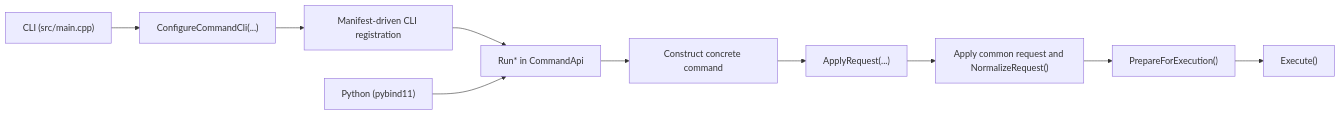
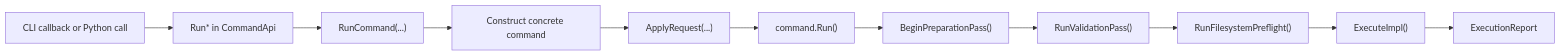
Before and after one commit to yslianTim/rhbm_gem: the diagram in docs/developer/architecture/command-architecture.md, drawn with Mermaid. The commit also changed other lines of this file and 2 other files, not shown here.

````diff
--- a/docs/developer/architecture/command-architecture.md
+++ b/docs/developer/architecture/command-architecture.md
@@ -50,14 +131,13 @@
 ```mermaid
 flowchart LR
-    A["CLI (src/main.cpp)"] --> B["ConfigureCommandCli(...)"]
-    B --> C["Manifest-driven CLI registration"]
-    C --> D["Run* in CommandApi"]
-
-    E["Python (pybind11)"] --> D
-
-    D --> F["Construct concrete command"]
-    F --> G["ApplyRequest(...)"]
-    G --> H["Apply common request and NormalizeRequest()"]
-    H --> I["PrepareForExecution()"]
-    I --> J["Execute()"]
+    A["CLI callback or Python call"] --> B["Run* in CommandApi"]
+    B --> C["RunCommand(...)"]
+    C --> D["Construct concrete command"]
+    D --> E["ApplyRequest(...)"]
+    E --> F["command.Run()"]
+    F --> G["BeginPreparationPass()"]
+    G --> H["RunValidationPass()"]
+    H --> I["RunFilesystemPreflight()"]
+    I --> J["ExecuteImpl()"]
+    J --> K["ExecutionReport"]
 ```
````
